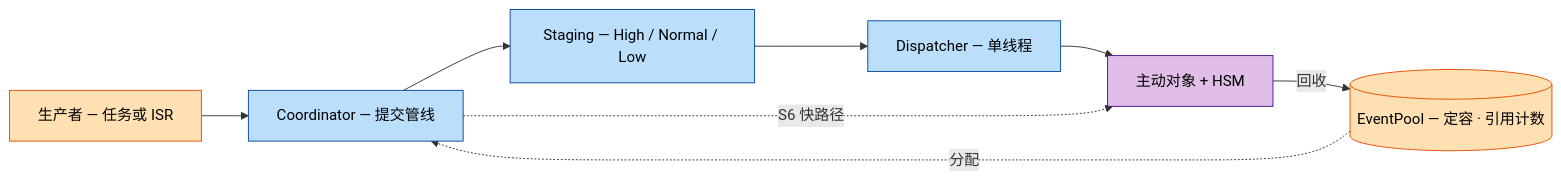
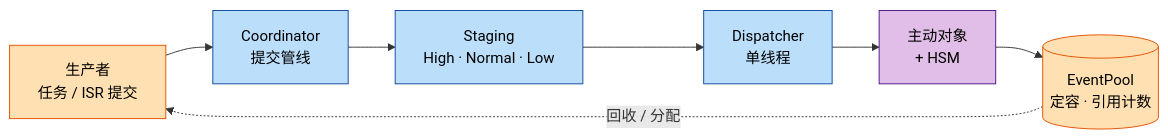
One commit to DeguiLiu/coact changed the first of 2 diagrams in README_zh.md. Above: the diagram before and after it, drawn with Mermaid. The commit also changed other lines of this file and 1 other file, not shown here.

Commit message:
story-docs(dm): rework the README diagrams for clean rendering

````diff
--- a/README_zh.md
+++ b/README_zh.md
@@ -33,17 +33,14 @@
 ```mermaid
 flowchart LR
     classDef prod fill:#FFE0B2,stroke:#E65100,color:#000
     classDef core fill:#BBDEFB,stroke:#0D47A1,color:#000
     classDef app fill:#E1BEE7,stroke:#4A148C,color:#000
-    PR["生产者 — 任务或 ISR"]:::prod
-    C["Coordinator — 提交管线"]:::core
-    S["Staging — High / Normal / Low"]:::core
-    D["Dispatcher — 单线程"]:::core
-    A["主动对象 + HSM"]:::app
-    P[("EventPool — 定容 · 引用计数")]:::prod
-    PR --> C
-    C --> S --> D --> A
-    A -->|回收| P
-    P -.->|分配| C
-    C -.->|S6 快路径| A
+    PR["生产者<br/>任务 / ISR 提交"]:::prod
+    C["Coordinator<br/>提交管线"]:::core
+    S["Staging<br/>High · Normal · Low"]:::core
+    D["Dispatcher<br/>单线程"]:::core
+    A["主动对象<br/>+ HSM"]:::app
+    P[("EventPool<br/>定容 · 引用计数")]:::prod
+    PR --> C --> S --> D --> A --> P
+    P -.->|回收 / 分配| PR
 ```
````
